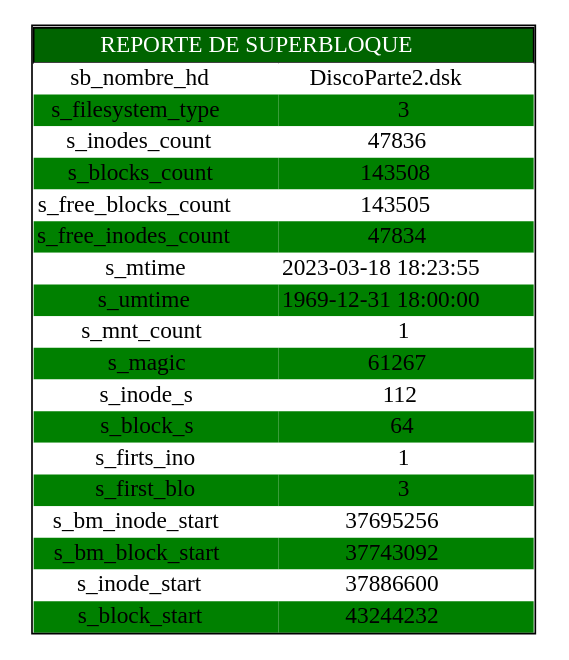
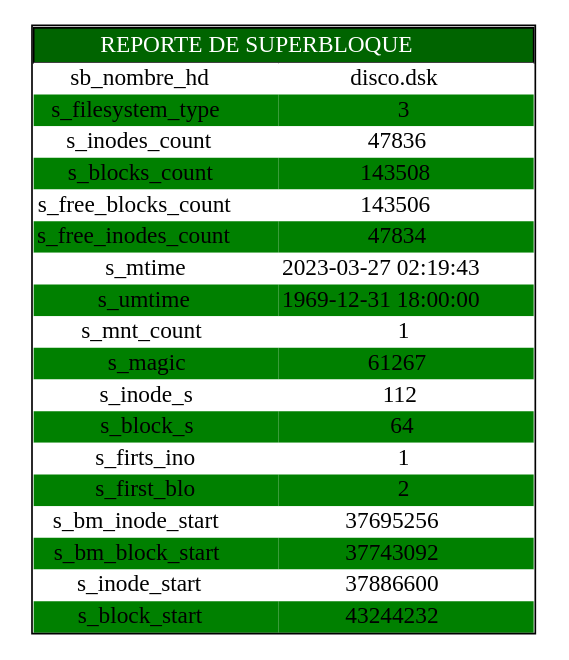
Before and after one commit to diegomazariegos2002/_MIA1S2023_PROYECTO1: the diagram in Proyecto/cmake-build-debug/superbloque.dot, drawn with Graphviz. The commit also changed 24 other files, not shown here.

```diff
--- a/Proyecto/cmake-build-debug/superbloque.dot
+++ b/Proyecto/cmake-build-debug/superbloque.dot
@@ -1,3 +1,3 @@
 digraph G {
 node[shape=none]
-start[label=<<table CELLSPACING="0"><tr><td colspan="2" bgcolor="darkgreen"><font color="white">REPORTE DE SUPERBLOQUE</font></td></tr><tr><td bgcolor="white" border="0">sb_nombre_hd</td><td bgcolor="white" border="0">DiscoParte2.dsk</td>)</tr><tr><td bgcolor="green" border="0">s_filesystem_type</td><td bgcolor="green" border="0">3</td>)</tr><tr><td bgcolor="white" border="0">s_inodes_count</td><td bgcolor="white" border="0">47836</td>)</tr><tr><td bgcolor="green" border="0">s_blocks_count</td><td bgcolor="green" border="0">143508</td>)</tr><tr><td bgcolor="white" border="0">s_free_blocks_count</td><td bgcolor="white" border="0">143505</td>)</tr><tr><td bgcolor="green" border="0">s_free_inodes_count</td><td bgcolor="green" border="0">47834</td>)</tr><tr><td bgcolor="white" border="0">s_mtime</td><td bgcolor="white" border="0">2023-03-18 18:23:55</td>)</tr><tr><td bgcolor="green" border="0">s_umtime</td><td bgcolor="green" border="0">1969-12-31 18:00:00</td>)</tr><tr><td bgcolor="white" border="0">s_mnt_count</td><td bgcolor="white" border="0">1</td>)</tr><tr><td bgcolor="green" border="0">s_magic</td><td bgcolor="green" border="0">61267</td>)</tr><tr><td bgcolor="white" border="0">s_inode_s</td><td bgcolor="white" border="0">112</td>)</tr><tr><td bgcolor="green" border="0">s_block_s</td><td bgcolor="green" border="0">64</td>)</tr><tr><td bgcolor="white" border="0">s_firts_ino</td><td bgcolor="white" border="0">1</td>)</tr><tr><td bgcolor="green" border="0">s_first_blo</td><td bgcolor="green" border="0">3</td>)</tr><tr><td bgcolor="white" border="0">s_bm_inode_start</td><td bgcolor="white" border="0">37695256</td>)</tr><tr><td bgcolor="green" border="0">s_bm_block_start</td><td bgcolor="green" border="0">37743092</td>)</tr><tr><td bgcolor="white" border="0">s_inode_start</td><td bgcolor="white" border="0">37886600</td>)</tr><tr><td bgcolor="green" border="0">s_block_start</td><td bgcolor="green" border="0">43244232</td>)</tr></table>>];}
+start[label=<<table CELLSPACING="0"><tr><td colspan="2" bgcolor="darkgreen"><font color="white">REPORTE DE SUPERBLOQUE</font></td></tr><tr><td bgcolor="white" border="0">sb_nombre_hd</td><td bgcolor="white" border="0">disco.dsk</td>)</tr><tr><td bgcolor="green" border="0">s_filesystem_type</td><td bgcolor="green" border="0">3</td>)</tr><tr><td bgcolor="white" border="0">s_inodes_count</td><td bgcolor="white" border="0">47836</td>)</tr><tr><td bgcolor="green" border="0">s_blocks_count</td><td bgcolor="green" border="0">143508</td>)</tr><tr><td bgcolor="white" border="0">s_free_blocks_count</td><td bgcolor="white" border="0">143506</td>)</tr><tr><td bgcolor="green" border="0">s_free_inodes_count</td><td bgcolor="green" border="0">47834</td>)</tr><tr><td bgcolor="white" border="0">s_mtime</td><td bgcolor="white" border="0">2023-03-27 02:19:43</td>)</tr><tr><td bgcolor="green" border="0">s_umtime</td><td bgcolor="green" border="0">1969-12-31 18:00:00</td>)</tr><tr><td bgcolor="white" border="0">s_mnt_count</td><td bgcolor="white" border="0">1</td>)</tr><tr><td bgcolor="green" border="0">s_magic</td><td bgcolor="green" border="0">61267</td>)</tr><tr><td bgcolor="white" border="0">s_inode_s</td><td bgcolor="white" border="0">112</td>)</tr><tr><td bgcolor="green" border="0">s_block_s</td><td bgcolor="green" border="0">64</td>)</tr><tr><td bgcolor="white" border="0">s_firts_ino</td><td bgcolor="white" border="0">1</td>)</tr><tr><td bgcolor="green" border="0">s_first_blo</td><td bgcolor="green" border="0">2</td>)</tr><tr><td bgcolor="white" border="0">s_bm_inode_start</td><td bgcolor="white" border="0">37695256</td>)</tr><tr><td bgcolor="green" border="0">s_bm_block_start</td><td bgcolor="green" border="0">37743092</td>)</tr><tr><td bgcolor="white" border="0">s_inode_start</td><td bgcolor="white" border="0">37886600</td>)</tr><tr><td bgcolor="green" border="0">s_block_start</td><td bgcolor="green" border="0">43244232</td>)</tr></table>>];}
```
